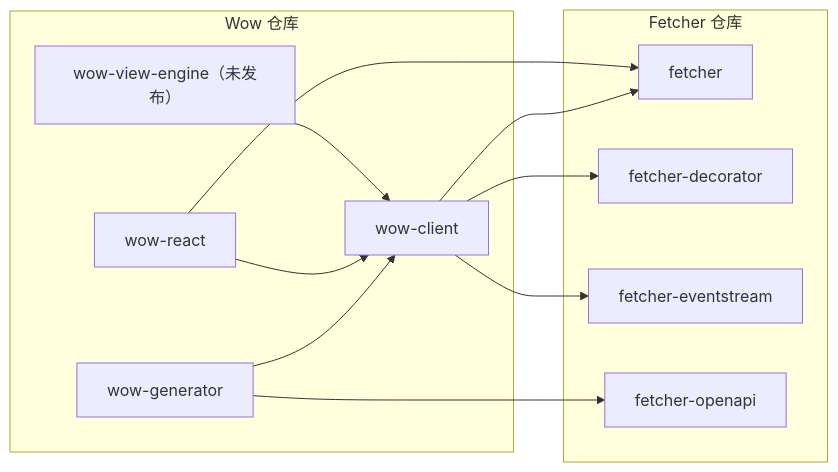
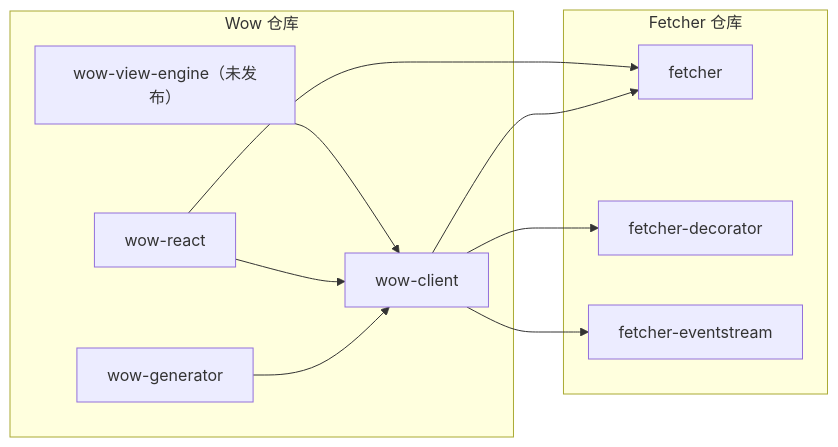
The diagram in documentation/docs/zh/guide/typescript/index.md (Ahoo-Wang/Wow), drawn with Mermaid before and after one commit. The commit also changed other lines of this file and 35 other files, not shown here.

````diff
--- a/documentation/docs/zh/guide/typescript/index.md
+++ b/documentation/docs/zh/guide/typescript/index.md
@@ -29,23 +29,21 @@
 ```mermaid
 flowchart LR
     subgraph Wow["Wow 仓库"]
         Client["wow-client"]
         Generator["wow-generator"]
         React["wow-react"]
         Engine["wow-view-engine（未发布）"]
     end
     subgraph Fetcher["Fetcher 仓库"]
         Core["fetcher"]
         Decorator["fetcher-decorator"]
         EventStream["fetcher-eventstream"]
-        OpenAPI["fetcher-openapi"]
     end
     Generator --> Client
     React --> Client
     Engine --> Client
     Client --> Core
     Client --> Decorator
     Client --> EventStream
-    Generator --> OpenAPI
     React --> Core
 ```
````
